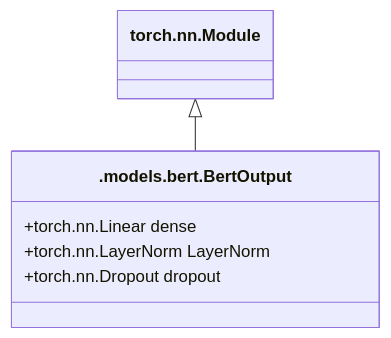
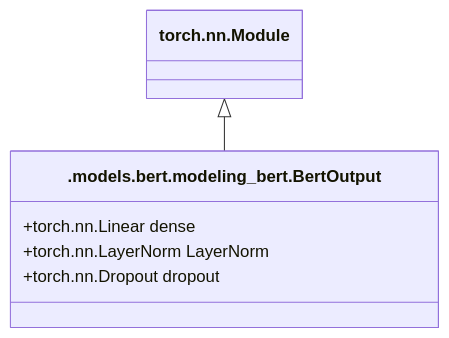
Before and after one commit to coba-yu/transformers-from-pytorch: the tenth of 11 diagrams in BERT.md, drawn with Mermaid. The commit also changed other lines of this file, not shown here.

First line of the commit message:
Update BERT.md

````diff
--- a/BERT.md
+++ b/BERT.md
@@ -310,11 +312,11 @@
 ```mermaid
 classDiagram
   class Module["torch.nn.Module"]
-  class BertOutput[".models.bert.BertOutput"] {
+  class BertOutput[".models.bert.modeling_bert.BertOutput"] {
     +torch.nn.Linear dense
     +torch.nn.LayerNorm LayerNorm
     +torch.nn.Dropout dropout
   }
 
   Module <|-- BertOutput
 ```
````
